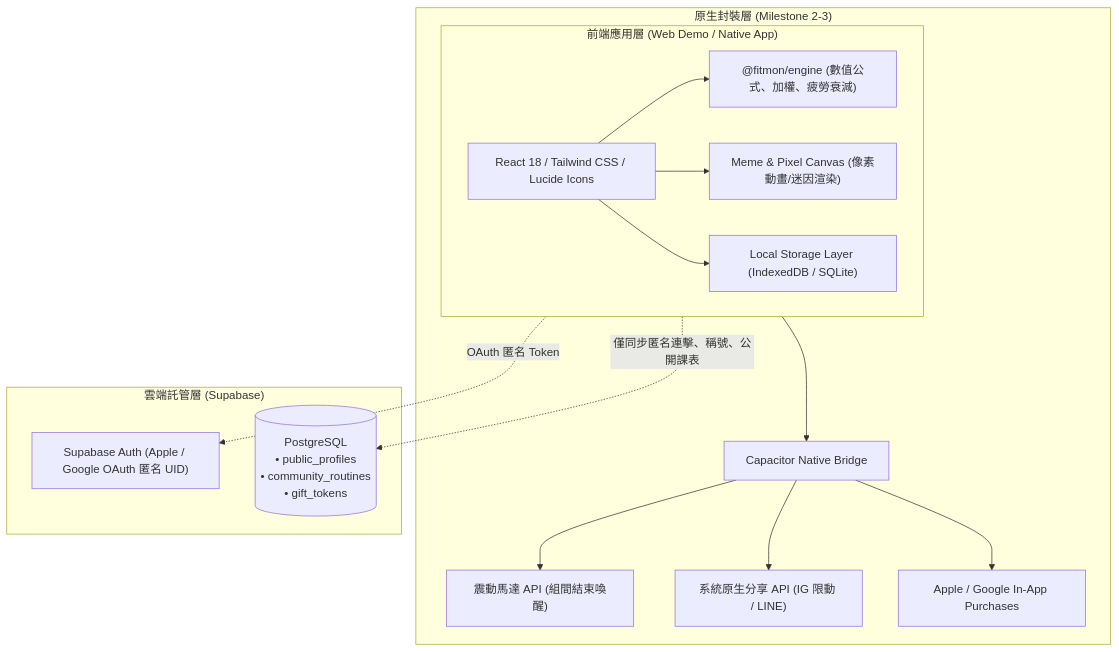
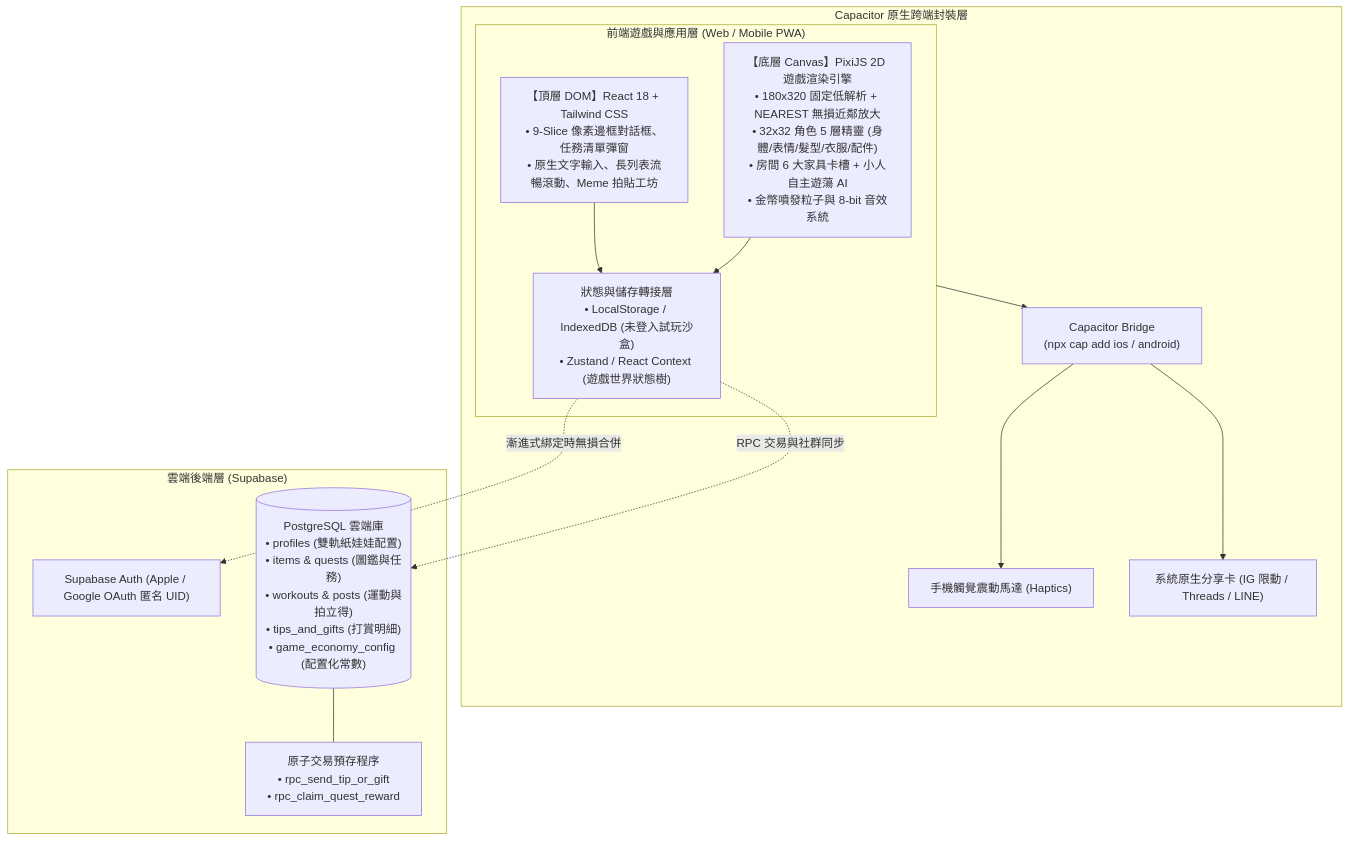
Before and after one commit to yuchienw/Fitmon: the diagram in llm-wiki/wiki/tech_architecture.md, drawn with Mermaid. The commit also changed other lines of this file and 9 other files, not shown here.

````diff
--- a/llm-wiki/wiki/tech_architecture.md
+++ b/llm-wiki/wiki/tech_architecture.md
@@ -9,33 +11,33 @@
 ```mermaid
 flowchart TB
-    subgraph Client ["前端應用層 (Web Demo / Native App)"]
-        UI["React 18 / Tailwind CSS / Lucide Icons"]
-        Engine["@fitmon/engine (數值公式、加權、疲勞衰減)"]
-        CanvasRenderer["Meme & Pixel Canvas (像素動畫/迷因渲染)"]
-        LocalAdapter["Local Storage Layer (IndexedDB / SQLite)"]
+    subgraph Client ["前端遊戲與應用層 (Web / Mobile PWA)"]
+        PixiCanvas["【底層 Canvas】PixiJS 2D 遊戲渲染引擎\n• 180x320 固定低解析 + NEAREST 無損近鄰放大\n• 32x32 角色 5 層精靈 (身體/表情/髮型/衣服/配件)\n• 房間 6 大家具卡槽 + 小人自主遊蕩 AI\n• 金幣噴發粒子與 8-bit 音效系統"]
         
-        UI --> Engine
-        UI --> CanvasRenderer
-        UI --> LocalAdapter
+        ReactDOM["【頂層 DOM】React 18 + Tailwind CSS\n• 9-Slice 像素邊框對話框、任務清單彈窗\n• 原生文字輸入、長列表流暢滾動、Meme 拍貼工坊"]
+
+        StateLayer["狀態與儲存轉接層\n• LocalStorage / IndexedDB (未登入試玩沙盒)\n• Zustand / React Context (遊戲世界狀態樹)"]
+
+        ReactDOM --> StateLayer
+        PixiCanvas --> StateLayer
     end
 
-    subgraph NativeWrapper ["原生封裝層 (Milestone 2-3)"]
-        Capacitor["Capacitor Native Bridge"]
-        Haptics["震動馬達 API (組間結束喚醒)"]
-        SharePlugin["系統原生分享 API (IG 限動 / LINE)"]
-        IAPPlugin["Apple / Google In-App Purchases"]
+    subgraph NativeWrapper ["Capacitor 原生跨端封裝層"]
+        Capacitor["Capacitor Bridge\n(npx cap add ios / android)"]
+        Haptics["手機觸覺震動馬達 (Haptics)"]
+        SharePlugin["系統原生分享卡 (IG 限動 / Threads / LINE)"]
         
         Client --> Capacitor
         Capacitor --> Haptics
         Capacitor --> SharePlugin
-        Capacitor --> IAPPlugin
     end
 
-    subgraph Cloud ["雲端託管層 (Supabase)"]
+    subgraph Cloud ["雲端後端層 (Supabase)"]
         Auth["Supabase Auth (Apple / Google OAuth 匿名 UID)"]
-        DB[("PostgreSQL\n• public_profiles\n• community_routines\n• gift_tokens")]
-        
-        Client -.->|"僅同步匿名連擊、稱號、公開課表"| DB
-        Client -.->|"OAuth 匿名 Token"| Auth
+        DB[("PostgreSQL 雲端庫\n• profiles (雙軌紙娃娃配置)\n• items & quests (圖鑑與任務)\n• workouts & posts (運動與拍立得)\n• tips_and_gifts (打賞明細)\n• game_economy_config (配置化常數)")]
+        RPC["原子交易預存程序\n• rpc_send_tip_or_gift\n• rpc_claim_quest_reward"]
+
+        StateLayer -.->|"漸進式綁定時無損合併"| Auth
+        StateLayer -.->|"RPC 交易與社群同步"| DB
+        DB --- RPC
     end
 ```
````
